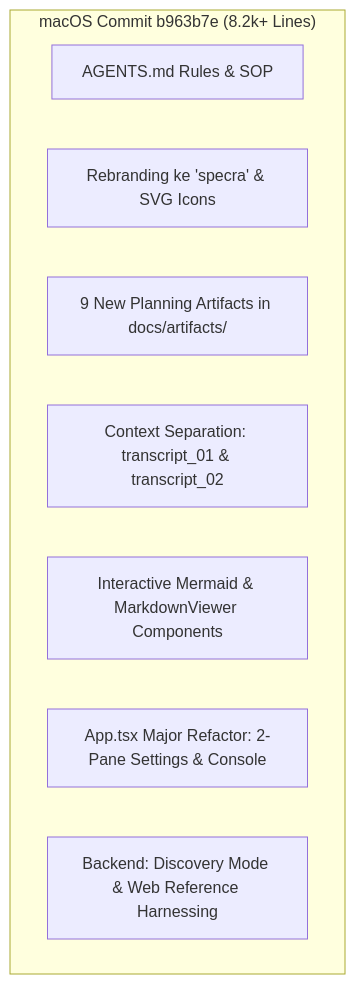
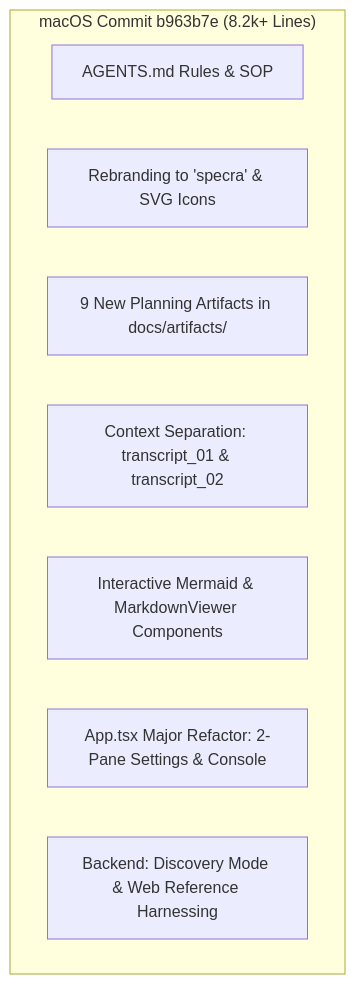
One commit to luftinur/Specra changed the diagram in docs/artifacts/plan_review_and_sync_macos_updates.md. Above: the diagram before and after it, drawn with Mermaid. The commit also changed other lines of this file and 37 other files, not shown here.

````diff
--- a/docs/artifacts/plan_review_and_sync_macos_updates.md
+++ b/docs/artifacts/plan_review_and_sync_macos_updates.md
@@ -17,12 +17,12 @@
 ```mermaid
 flowchart TD
     subgraph Commit["macOS Commit b963b7e (8.2k+ Lines)"]
         AG[AGENTS.md Rules & SOP]
-        Brand[Rebranding ke 'specra' & SVG Icons]
+        Brand[Rebranding to 'specra' & SVG Icons]
         Arts[9 New Planning Artifacts in docs/artifacts/]
         Hist[Context Separation: transcript_01 & transcript_02]
         UI[Interactive Mermaid & MarkdownViewer Components]
         App[App.tsx Major Refactor: 2-Pane Settings & Console]
         Backend[Backend: Discovery Mode & Web Reference Harnessing]
     end
 ```
````
